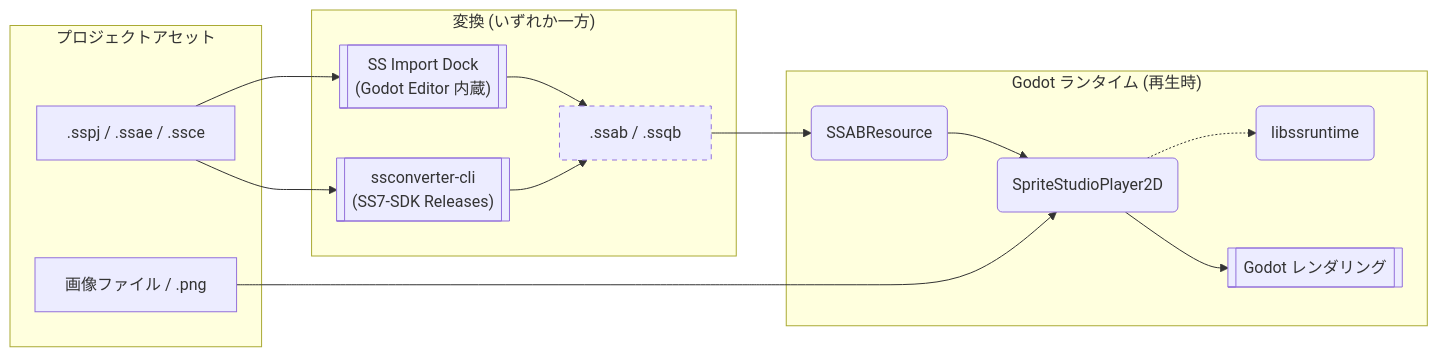
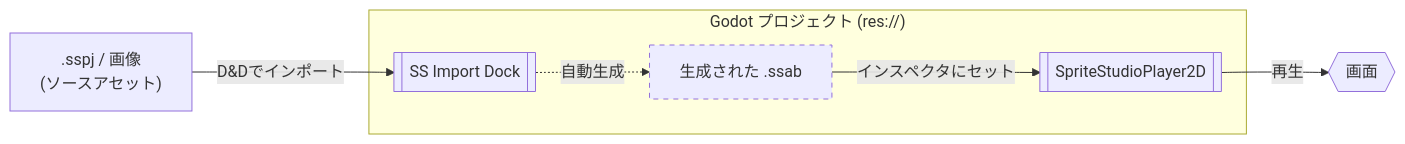
Before and after one commit to SpriteStudio/SSPlayerForGodot: the diagram in README.ja.md, drawn with Mermaid. The commit also changed other lines of this file and 25 other files, not shown here.

````diff
--- a/README.ja.md
+++ b/README.ja.md
@@ -22,27 +41,18 @@
 ```mermaid
 graph LR
-    subgraph Assets ["プロジェクトアセット"]
-        SS[" .sspj / .ssae / .ssce "]
-        IMG[" 画像ファイル / .png "]
+    SS[" .sspj / 画像<br>(ソースアセット) "]
+
+    subgraph Godot ["Godot プロジェクト (res://)"]
+        DOCK[[" SS Import Dock "]]
+        BIN[" 生成された .ssab "]
+        NODE[[ SpriteStudioPlayer2D ]]
     end
 
-    subgraph Convert ["変換 (いずれか一方)"]
-        DOCK[[" SS Import Dock<br>(Godot Editor 内蔵) "]]
-        CLI[[" ssconverter-cli<br>(SS7-SDK Releases) "]]
-        SS --> DOCK
-        SS --> CLI
-        DOCK --> BIN[" .ssab / .ssqb "]
-        CLI --> BIN
-    end
-
-    subgraph Runtime ["Godot ランタイム (再生時)"]
-        BIN --> RES(" SSABResource ")
-        RES --> NODE(" SpriteStudioPlayer2D ")
-        NODE -.-> RT(" libssruntime ")
-        IMG --> NODE
-        NODE --> RENDER[[" Godot レンダリング "]]
-    end
+    SS -- "D&Dでインポート" --> DOCK
+    DOCK -. "自動生成" .-> BIN
+    BIN -- "インスペクタにセット" --> NODE
+    NODE -- "再生" --> RENDER{{" 画面 "}}
 
     classDef generated stroke-dasharray: 5 5;
     class BIN generated;
 ```
````
